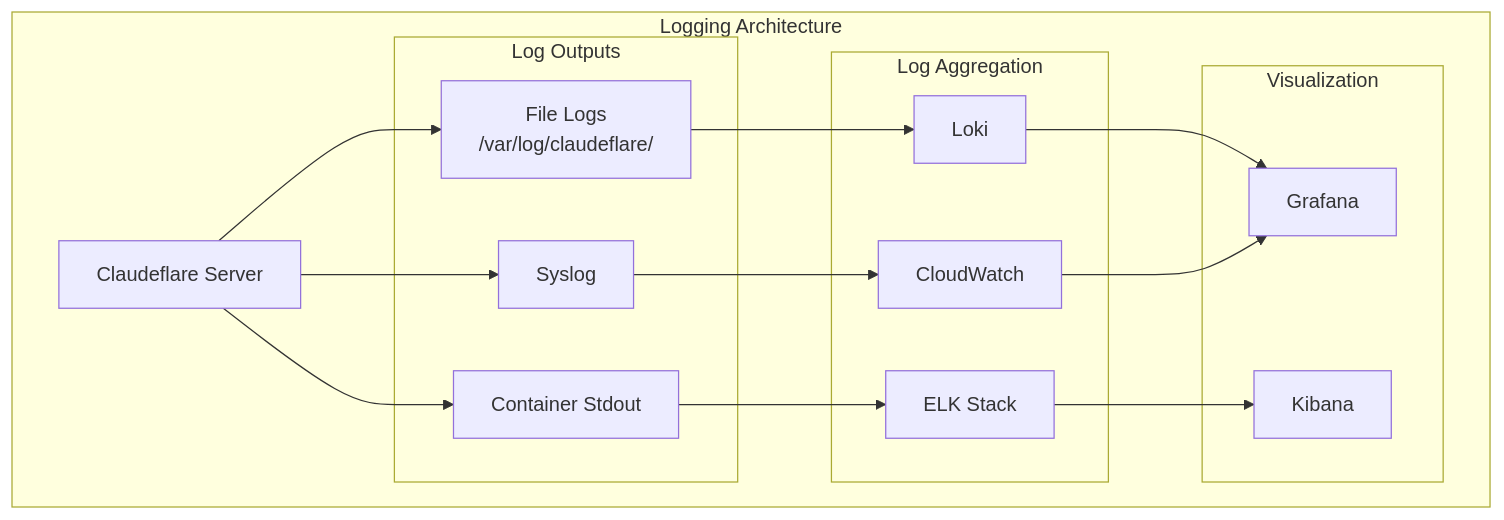
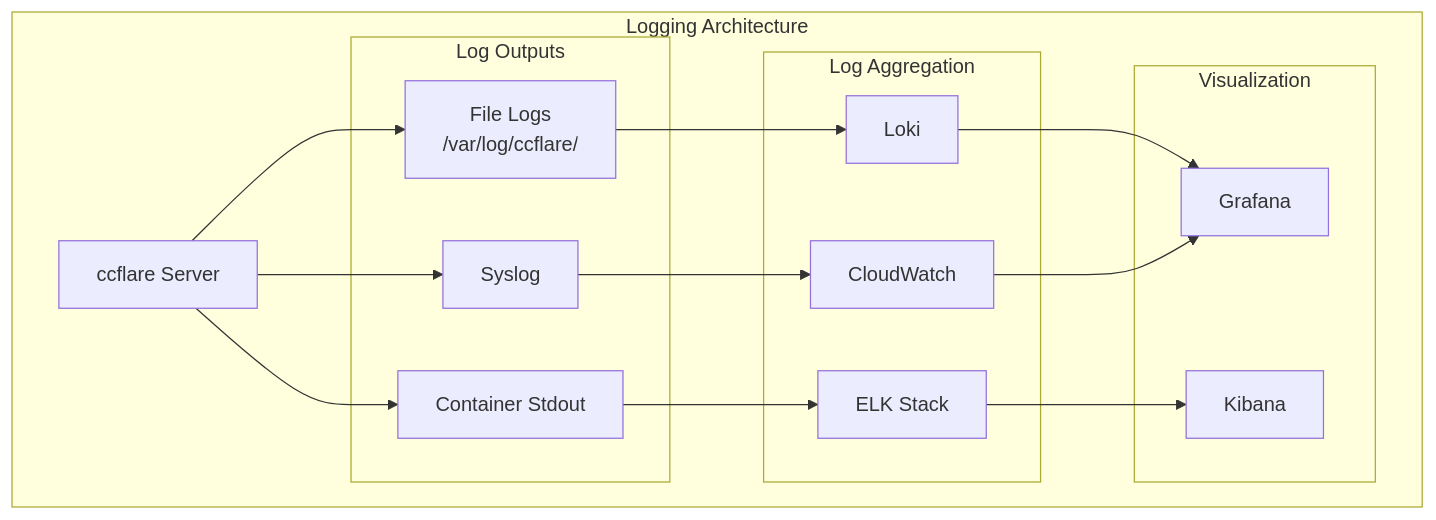
Before and after one commit to tombii/better-ccflare: the second of 3 diagrams in docs/deployment.md, drawn with Mermaid. The commit also changed other lines of this file and 141 other files, not shown here.

First line of the commit message:
refactor(core): rename Claudeflare to ccflare across repo

````diff
--- a/docs/deployment.md
+++ b/docs/deployment.md
@@ -566,35 +566,35 @@
 ```mermaid
 graph TB
     subgraph "Logging Architecture"
-        APP[Claudeflare Server]
+        APP[ccflare Server]
         
         subgraph "Log Outputs"
-            FILE[File Logs<br/>/var/log/claudeflare/]
+            FILE[File Logs<br/>/var/log/ccflare/]
             STDOUT[Container Stdout]
             SYSLOG[Syslog]
         end
         
         subgraph "Log Aggregation"
             LOKI[Loki]
             ELK[ELK Stack]
             CLOUDWATCH[CloudWatch]
         end
         
         subgraph "Visualization"
             GRAFANA[Grafana]
             KIBANA[Kibana]
         end
     end
     
     APP --> FILE
     APP --> STDOUT
     APP --> SYSLOG
     
     FILE --> LOKI
     STDOUT --> ELK
     SYSLOG --> CLOUDWATCH
     
     LOKI --> GRAFANA
     ELK --> KIBANA
     CLOUDWATCH --> GRAFANA
 ```
````
